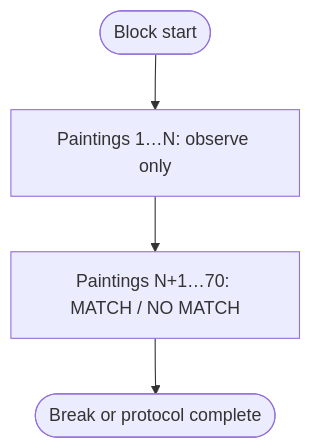
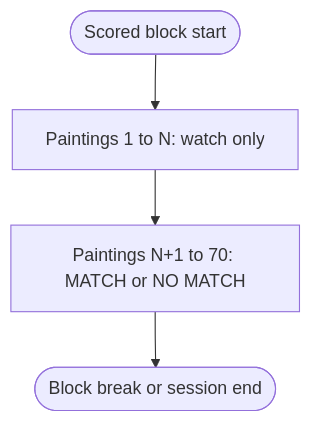
The first of 3 diagrams in README.md (Konseptt/glyphmind-lab-version), drawn with Mermaid before and after one commit. The commit also changed other lines of this file and 6 other files, not shown here.

First line of the commit message:
Update GLYPHMIND for research release: data logging, session flow, and docs.

````diff
--- a/README.md
+++ b/README.md
@@ -57,6 +32,6 @@
 ```mermaid
 flowchart TD
-  B0([Block start]) --> O["Paintings 1…N: observe only"]
-  O --> S["Paintings N+1…70: MATCH / NO MATCH"]
-  S --> E([Break or protocol complete])
+  B0([Scored block start]) --> O["Paintings 1 to N: watch only"]
+  O --> S["Paintings N+1 to 70: MATCH or NO MATCH"]
+  S --> E([Block break or session end])
 ```
````
